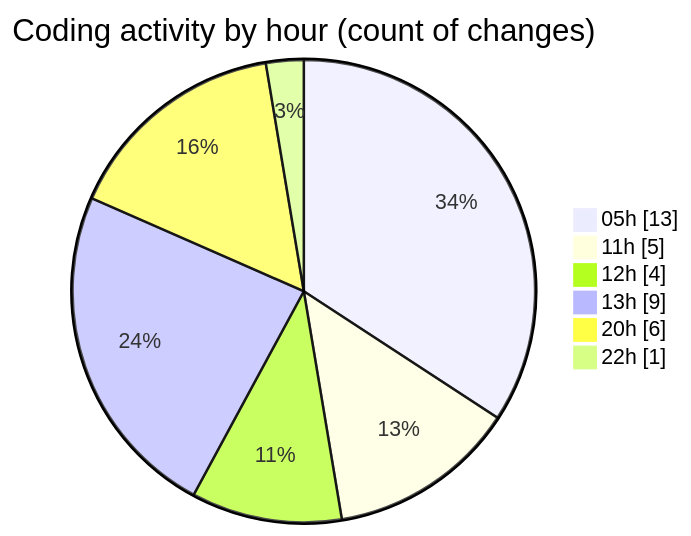
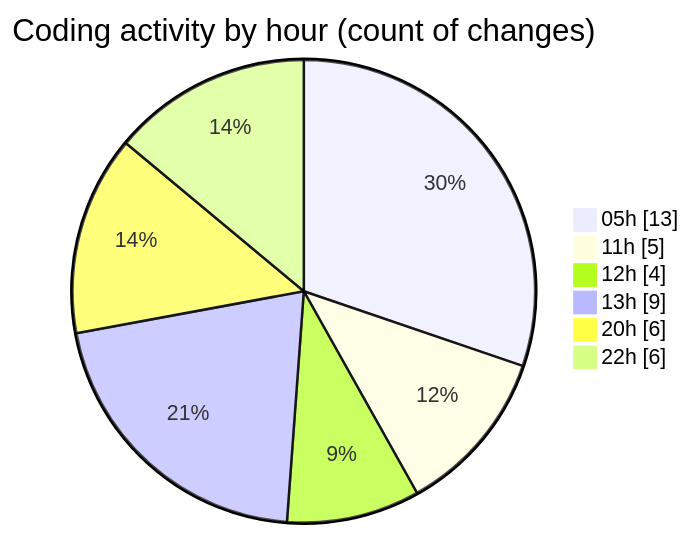
The second of 2 diagrams in 2025-09-10/hiai-phf/README.md (lephambinh05/code-tracking), drawn with Mermaid before and after one commit. The commit also changed other lines of this file and 1 other file, not shown here.

````diff
--- a/2025-09-10/hiai-phf/README.md
+++ b/2025-09-10/hiai-phf/README.md
@@ -39,10 +39,10 @@
 ```mermaid
 pie showData
 title Coding activity by hour (count of changes)
 "05h" : 13
 "11h" : 5
 "12h" : 4
 "13h" : 9
 "20h" : 6
-"22h" : 1
+"22h" : 6
 ```
````
